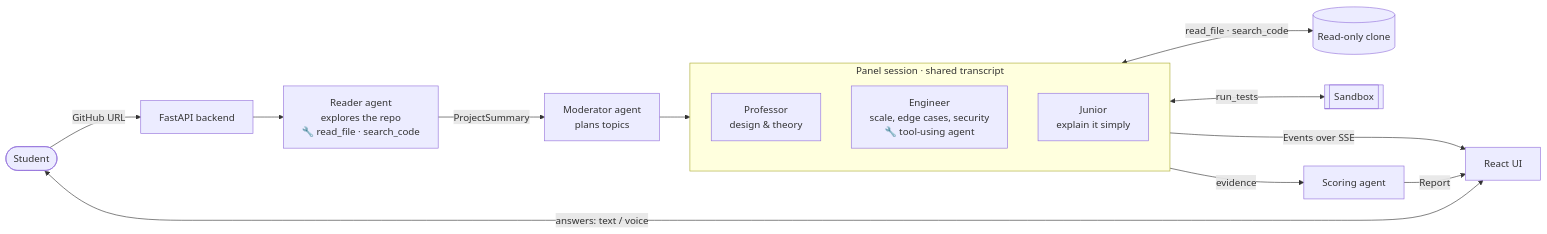
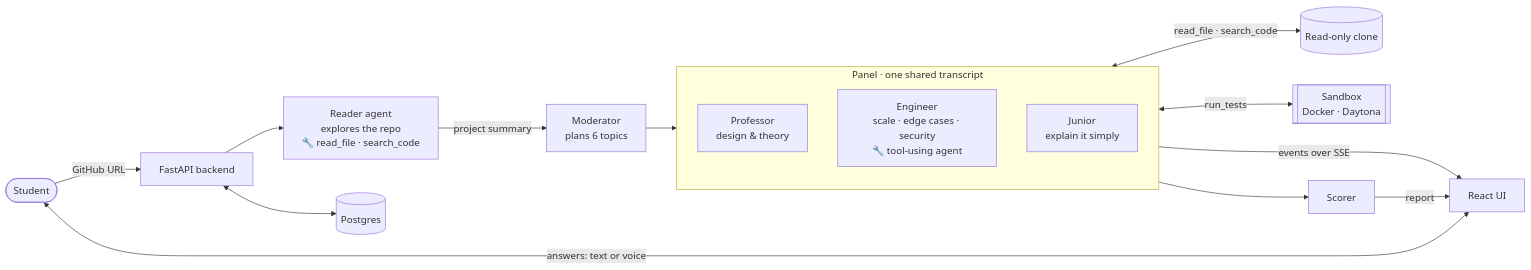
One commit to goyalnishtha841/vivapanel changed the diagram in README.md. Above: the diagram before and after it, drawn with Mermaid. The commit also changed other lines of this file and 9 other files, not shown here.

Commit message:
Final README: recruiter summary, fresh screenshots of every screen, full feature guide, results with evidence

````diff
--- a/README.md
+++ b/README.md
@@ -129,21 +223,22 @@
 ```mermaid
 flowchart LR
     S([Student]) -->|GitHub URL| API[FastAPI backend]
     API --> RR[Reader agent<br/>explores the repo<br/>🔧 read_file · search_code]
-    RR -->|ProjectSummary| MOD[Moderator agent<br/>plans topics]
+    RR -->|project summary| MOD[Moderator<br/>plans 6 topics]
     MOD --> PANEL
 
-    subgraph PANEL [Panel session · shared transcript]
+    subgraph PANEL [Panel · one shared transcript]
         direction TB
         P[Professor<br/>design & theory]
-        E[Engineer<br/>scale, edge cases, security<br/>🔧 tool-using agent]
+        E[Engineer<br/>scale · edge cases · security<br/>🔧 tool-using agent]
         J[Junior<br/>explain it simply]
     end
 
     E <-->|read_file · search_code| REPO[(Read-only clone)]
-    E <-->|run_tests| BOX[[Sandbox]]
-    PANEL -->|Events over SSE| UI[React UI]
-    S <-->|answers: text / voice| UI
-    PANEL -->|evidence| SC[Scoring agent]
-    SC -->|Report| UI
+    E <-->|run_tests| BOX[[Sandbox<br/>Docker · Daytona]]
+    PANEL -->|events over SSE| UI[React UI]
+    S <-->|answers: text or voice| UI
+    PANEL --> SC[Scorer]
+    SC -->|report| UI
+    API <--> DB[(Postgres)]
 ```
````
